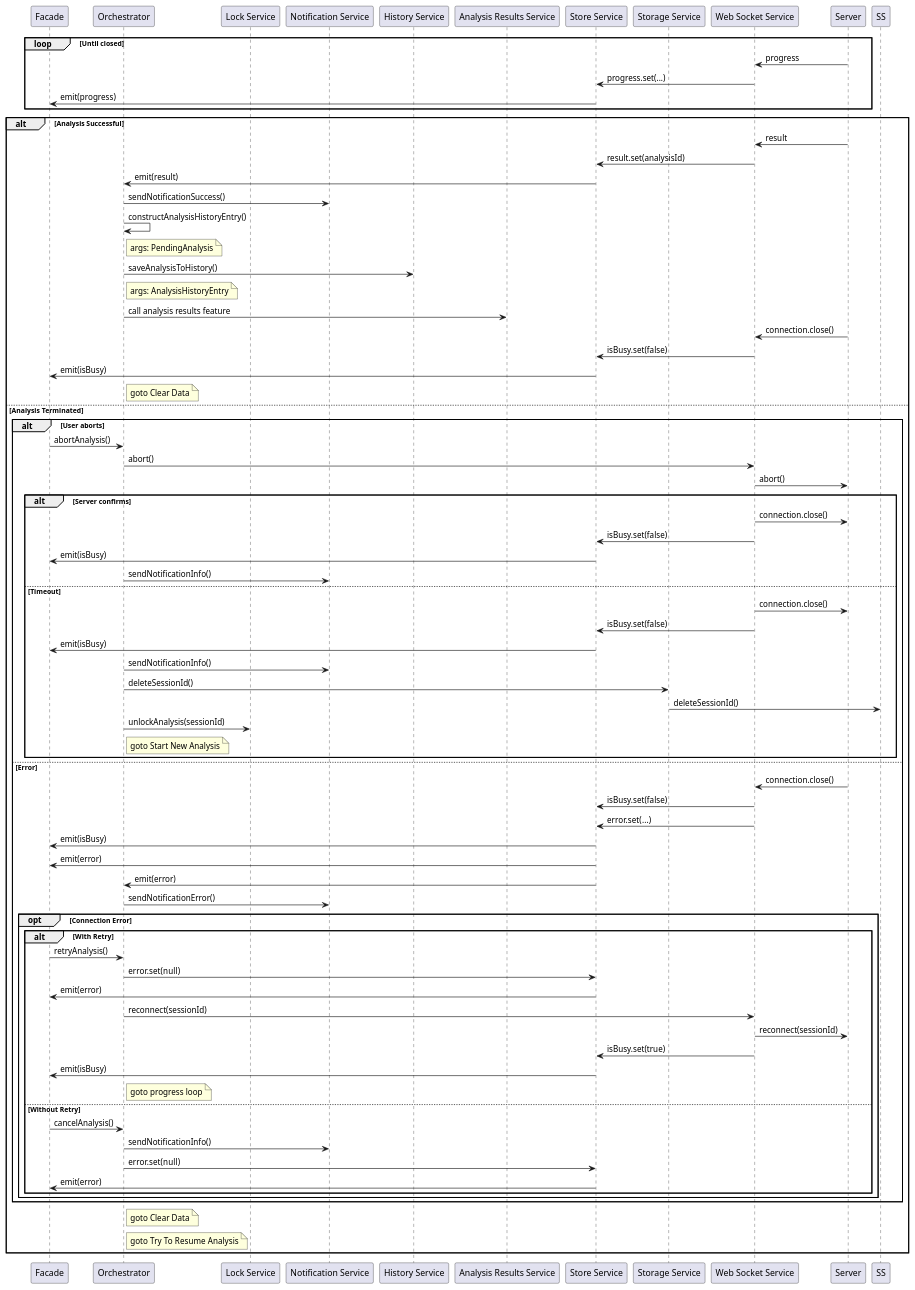
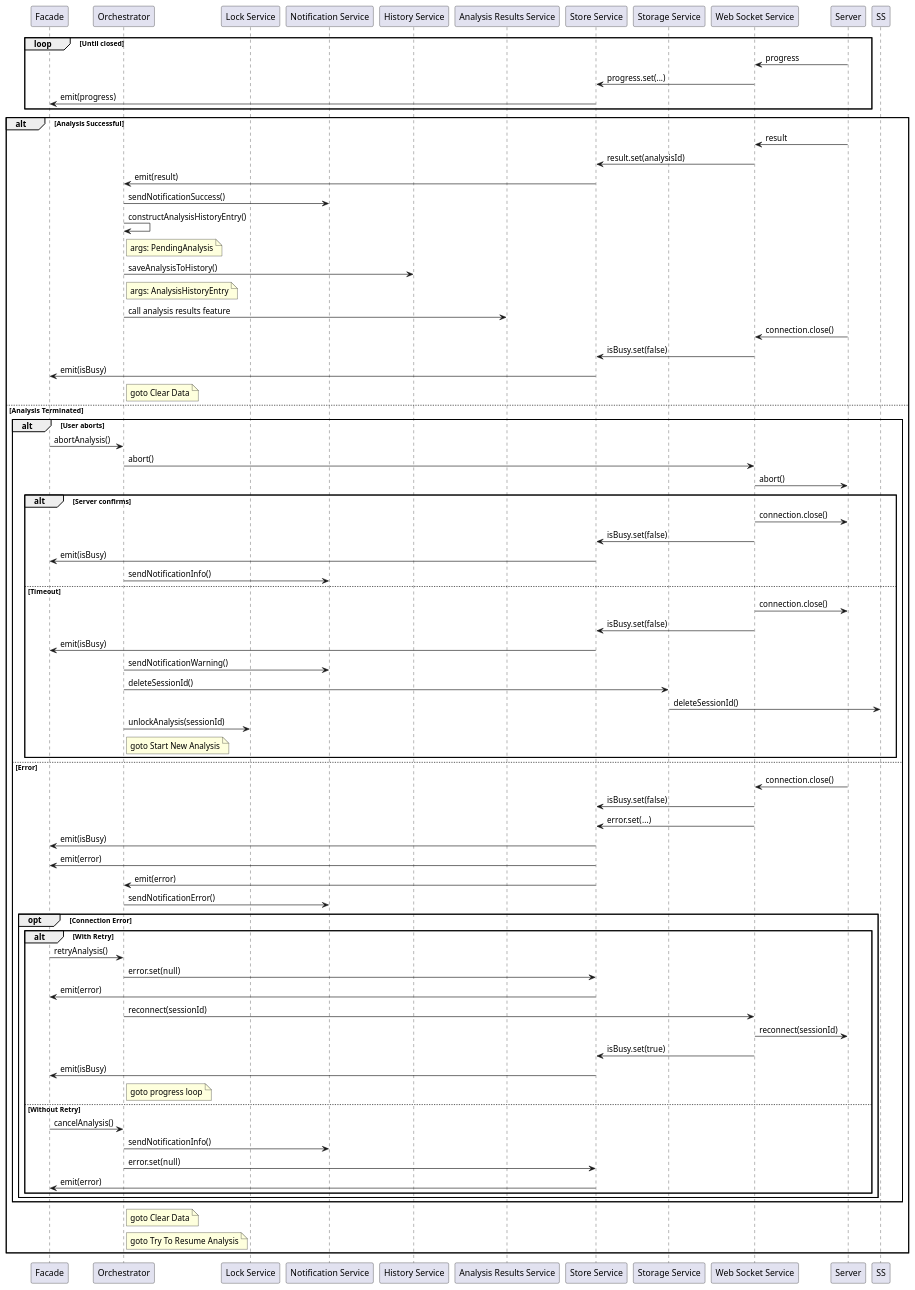
The diagram in docs/analysis-run/diagrams/continue-analysis.sequence.puml (marg4ryn/Strata), drawn with PlantUML before and after one commit.

Commit message:
docs: correct notification feature function names in diagrams

```diff
--- a/docs/analysis-run/diagrams/continue-analysis.sequence.puml
+++ b/docs/analysis-run/diagrams/continue-analysis.sequence.puml
@@ -1,93 +1,93 @@
 @startuml Continue Analysis
 
 participant "Facade" as F
 participant "Orchestrator" as O
 participant "Lock Service" as L
 participant "Notification Service" as N
 participant "History Service" as H
 participant "Analysis Results Service" as ARS
 participant "Store Service" as ST
 participant "Storage Service" as STG
 participant "Web Socket Service" as WS
 participant "Server" as SRV
 
 loop Until closed
     SRV -> WS: progress
     WS -> ST: progress.set(...)
     ST -> F: emit(progress)
 end
 
 alt Analysis Successful
     SRV -> WS: result
     WS -> ST: result.set(analysisId)
     ST -> O: emit(result)
     O -> N: sendNotificationSuccess()
     O -> O: constructAnalysisHistoryEntry()
     note right of O: args: PendingAnalysis
     O -> H: saveAnalysisToHistory()
     note right of O: args: AnalysisHistoryEntry
     O -> ARS: call analysis results feature
     SRV -> WS: connection.close()
     WS -> ST: isBusy.set(false)
     ST -> F: emit(isBusy)
     note right of O: goto Clear Data
 
 else Analysis Terminated
 
     alt User aborts
         F -> O: abortAnalysis()
         O -> WS: abort()    
         WS -> SRV: abort()
 
         alt Server confirms
             WS -> SRV: connection.close()
             WS -> ST: isBusy.set(false)
             ST -> F: emit(isBusy)
             O -> N: sendNotificationInfo()
             
         else Timeout
             WS -> SRV: connection.close()
             WS -> ST: isBusy.set(false)
             ST -> F: emit(isBusy)
-            O -> N: sendNotificationInfo()
+            O -> N: sendNotificationWarning()
             O -> STG: deleteSessionId()
             STG -> SS: deleteSessionId()
             O -> L: unlockAnalysis(sessionId)
             note right of O: goto Start New Analysis
         end
 
     else Error
         SRV -> WS: connection.close()
         WS -> ST: isBusy.set(false)
         WS -> ST: error.set(...)
         ST -> F: emit(isBusy)
         ST -> F: emit(error)
         ST -> O: emit(error)
         O -> N: sendNotificationError()
 
         opt Connection Error
             alt With Retry
                 F -> O: retryAnalysis()
                 O -> ST: error.set(null)
                 ST -> F: emit(error)
                 O -> WS: reconnect(sessionId)
                 WS -> SRV: reconnect(sessionId)
                 WS -> ST: isBusy.set(true)
                 ST -> F: emit(isBusy)
                 note right of O: goto progress loop
 
             else Without Retry
                 F -> O: cancelAnalysis()
                 O -> N: sendNotificationInfo()
                 O -> ST: error.set(null)
                 ST -> F: emit(error)
             end
         end
     end
 
     note right of O: goto Clear Data
     note right of O: goto Try To Resume Analysis
     
 end
 
 @enduml
```
